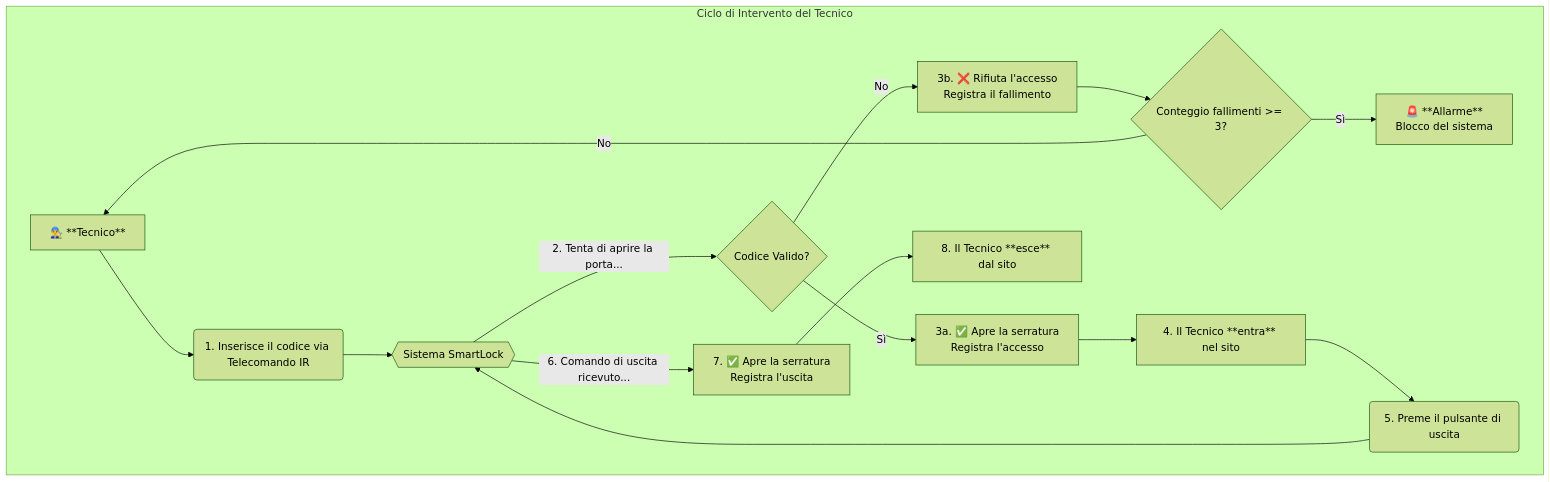
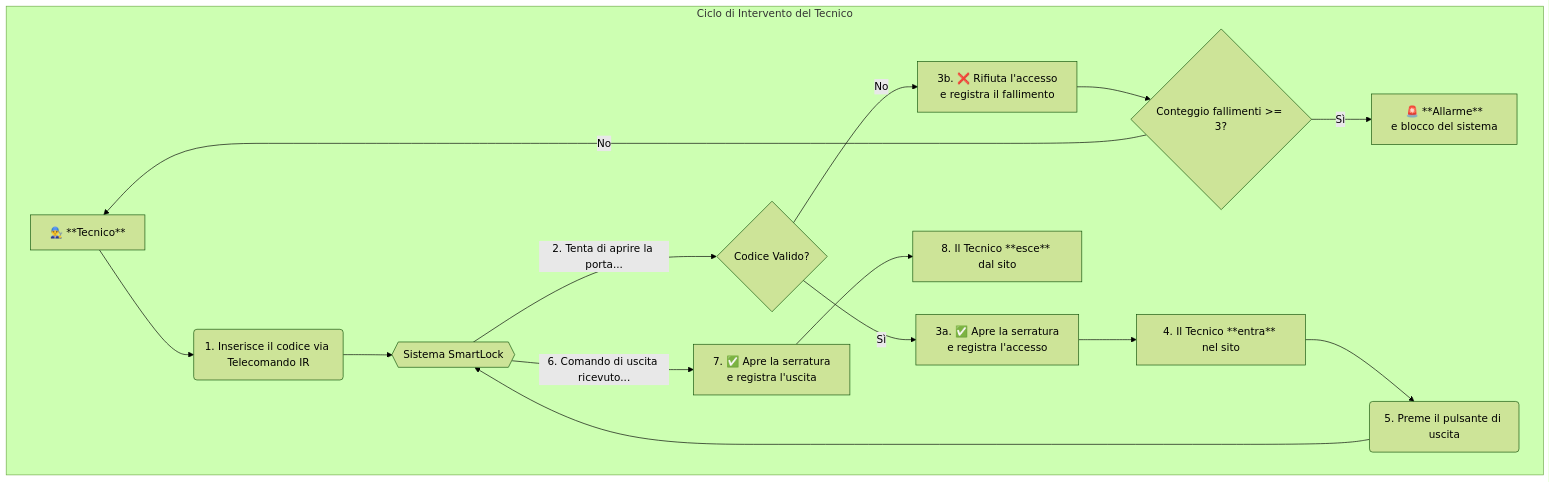
Before and after one commit to justicembeye/SmartLook: the first of 3 diagrams in src/projet.md, drawn with Mermaid (forest theme). The commit also changed other lines of this file, not shown here.

Commit message:
aggiornamento

````diff
--- a/src/projet.md
+++ b/src/projet.md
@@ -46,19 +46,19 @@
 ```mermaid
 flowchart TD
     subgraph "Ciclo di Intervento del Tecnico"
         A[👨‍🔧 **Tecnico**] --> B(1. Inserisce il codice via Telecomando IR);
         B --> C{{Sistema SmartLock}};
         C -- "2. Tenta di aprire la porta..." --> D{Codice Valido?};
-        D -- "Sì" --> E[3a. ✅ Apre la serratura<br> Registra l'accesso];
-        D -- "No" --> F[3b. ❌ Rifiuta l'accesso<br> Registra il fallimento];
+        D -- "Sì" --> E["3a. ✅ Apre la serratura<br>e registra l'accesso"];
+        D -- "No" --> F["3b. ❌ Rifiuta l'accesso<br>e registra il fallimento"];
         E --> G[4. Il Tecnico **entra** nel sito];
         F --> H{Conteggio fallimenti >= 3?};
-        H -- "Sì" --> I[🚨 **Allarme**<br> Blocco del sistema];
+        H -- "Sì" --> I["🚨 **Allarme**<br>e blocco del sistema"];
         H -- "No" --> A;
         
         G --> J(5. Preme il pulsante di uscita);
         J --> C;
-        C -- "6. Comando di uscita ricevuto..." --> K[7. ✅ Apre la serratura<br> Registra l'uscita];
+        C -- "6. Comando di uscita ricevuto..." --> K["7. ✅ Apre la serratura<br>e registra l'uscita"];
         K --> L[8. Il Tecnico **esce** dal sito];
     end
 ```
````
